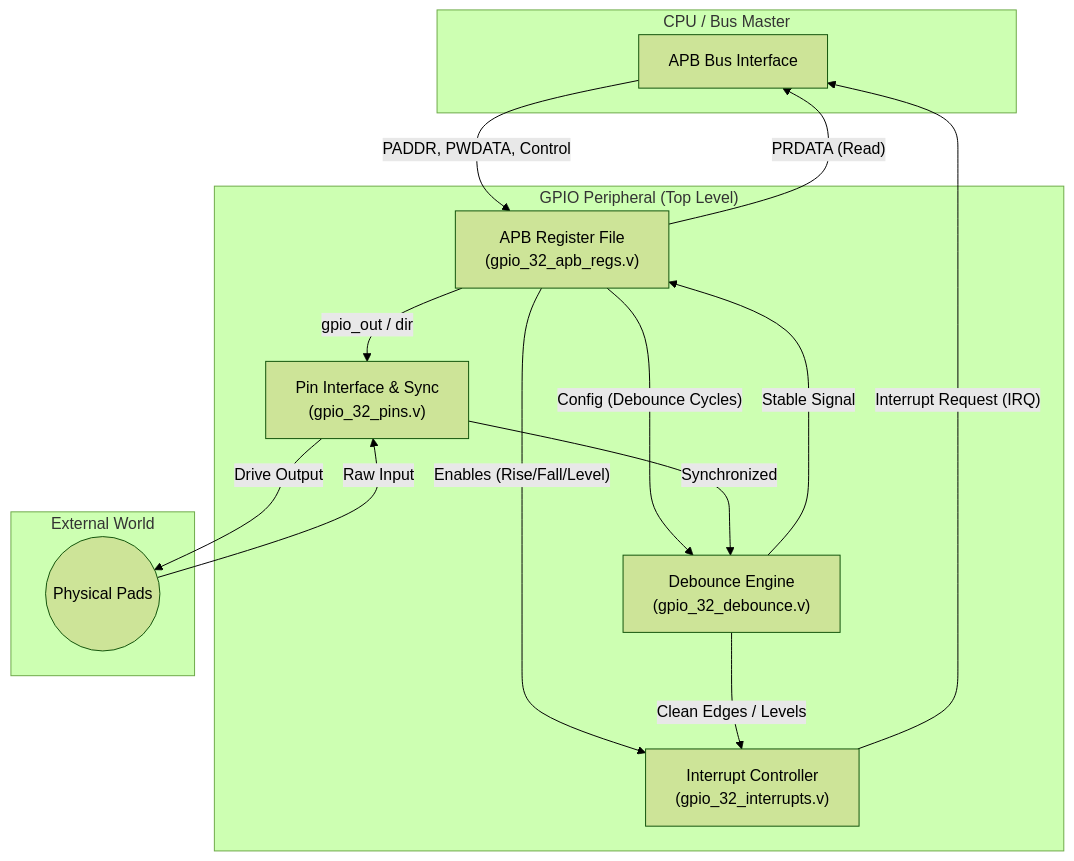
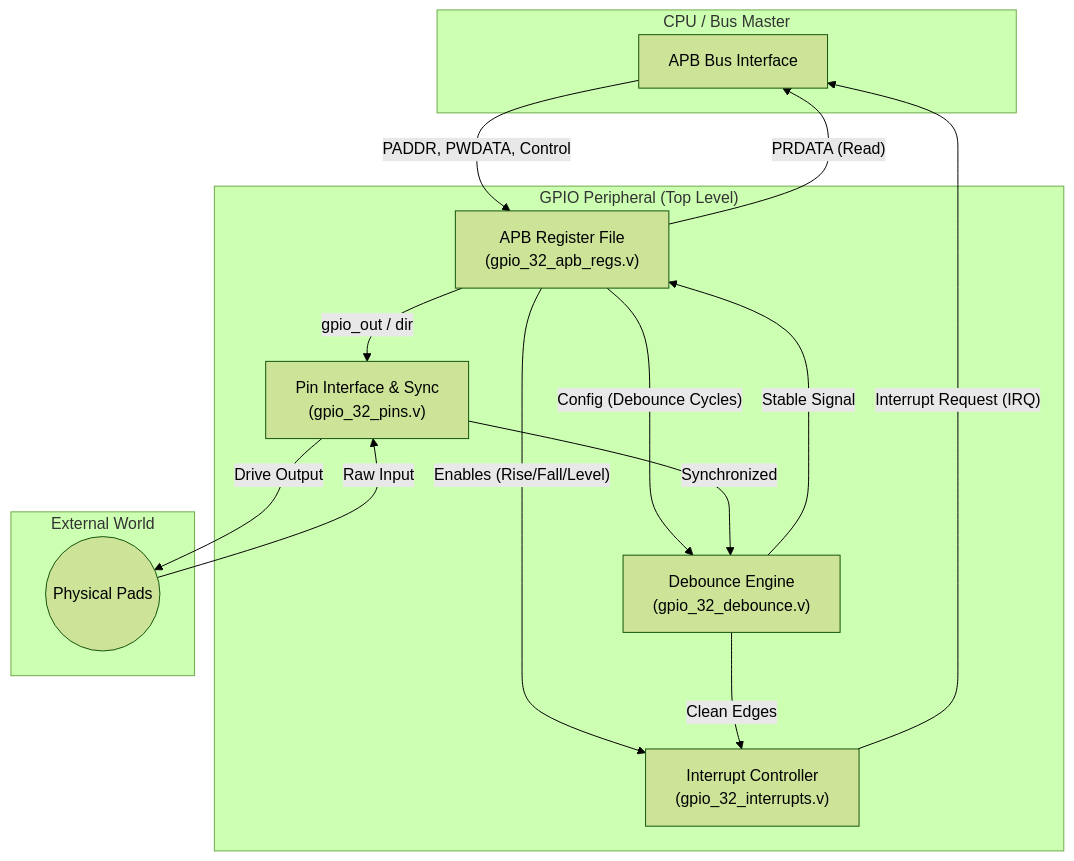
The diagram in README.md (noammalca1/GPIO-Bank--32-bit-with-Debounce-Interrupts), drawn with Mermaid (forest theme) before and after one commit.

````diff
--- a/README.md
+++ b/README.md
@@ -128,43 +128,43 @@
 ```mermaid
 graph TD
     subgraph "CPU / Bus Master"
     APB[APB Bus Interface]
     end
 
     subgraph "GPIO Peripheral (Top Level)"
     Regs["APB Register File<br/>(gpio_32_apb_regs.v)"]
     IntCtrl["Interrupt Controller<br/>(gpio_32_interrupts.v)"]
     Debounce["Debounce Engine<br/>(gpio_32_debounce.v)"]
     Sync["Pin Interface & Sync<br/>(gpio_32_pins.v)"]
     end
 
     subgraph "External World"
     Pads((Physical Pads))
     end
 
     %% APB Interface
     APB -- "PADDR, PWDATA, Control" --> Regs
     
     %% Internal Logic Flow
     Regs -- "gpio_out / dir" --> Sync
     Regs -- "Config (Debounce Cycles)" --> Debounce
     
     Regs -- "Enables (Rise/Fall/Level)" --> IntCtrl
 
     %% Output to Pads
     Sync -- "Drive Output" --> Pads
 
     %% Input from Pads
     Pads -- "Raw Input" --> Sync
     Sync -- "Synchronized" --> Debounce
     
     %% Split Flows
     Debounce -- "Stable Signal" --> Regs
-    Debounce -- "Clean Edges / Levels" --> IntCtrl
+    Debounce -- "Clean Edges" --> IntCtrl
 
     %% Returns to CPU
     Regs -- "PRDATA (Read)" --> APB
     
     %% Interrupt Notification
     IntCtrl -- "Interrupt Request (IRQ)" --> APB
 ```
````
